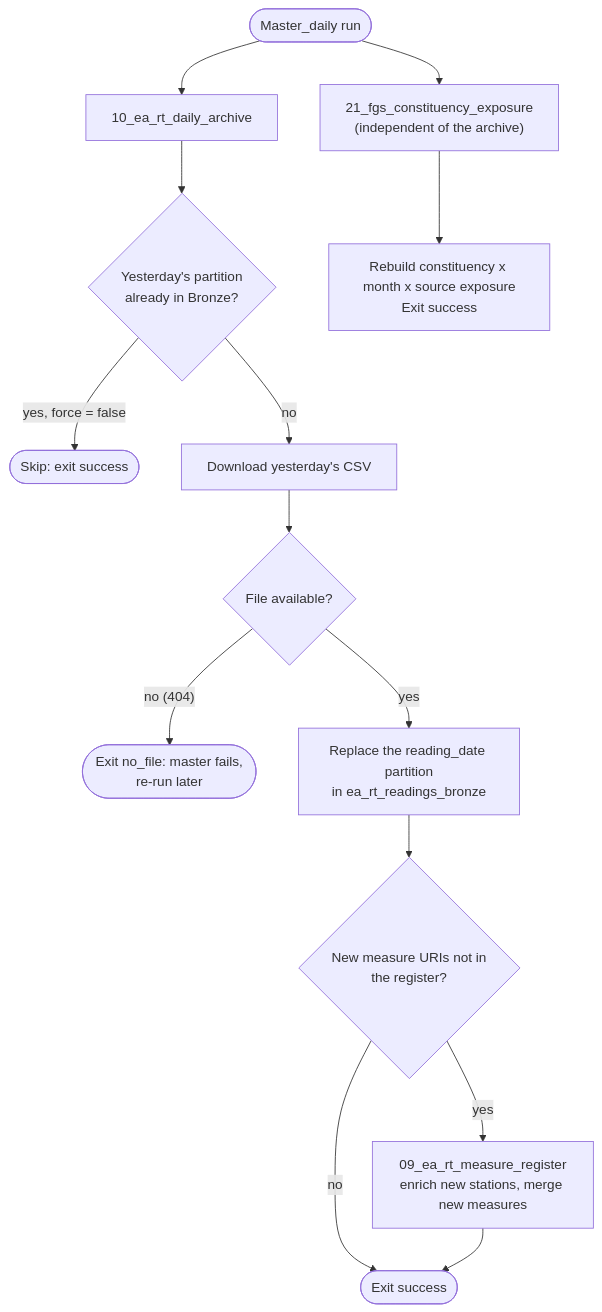
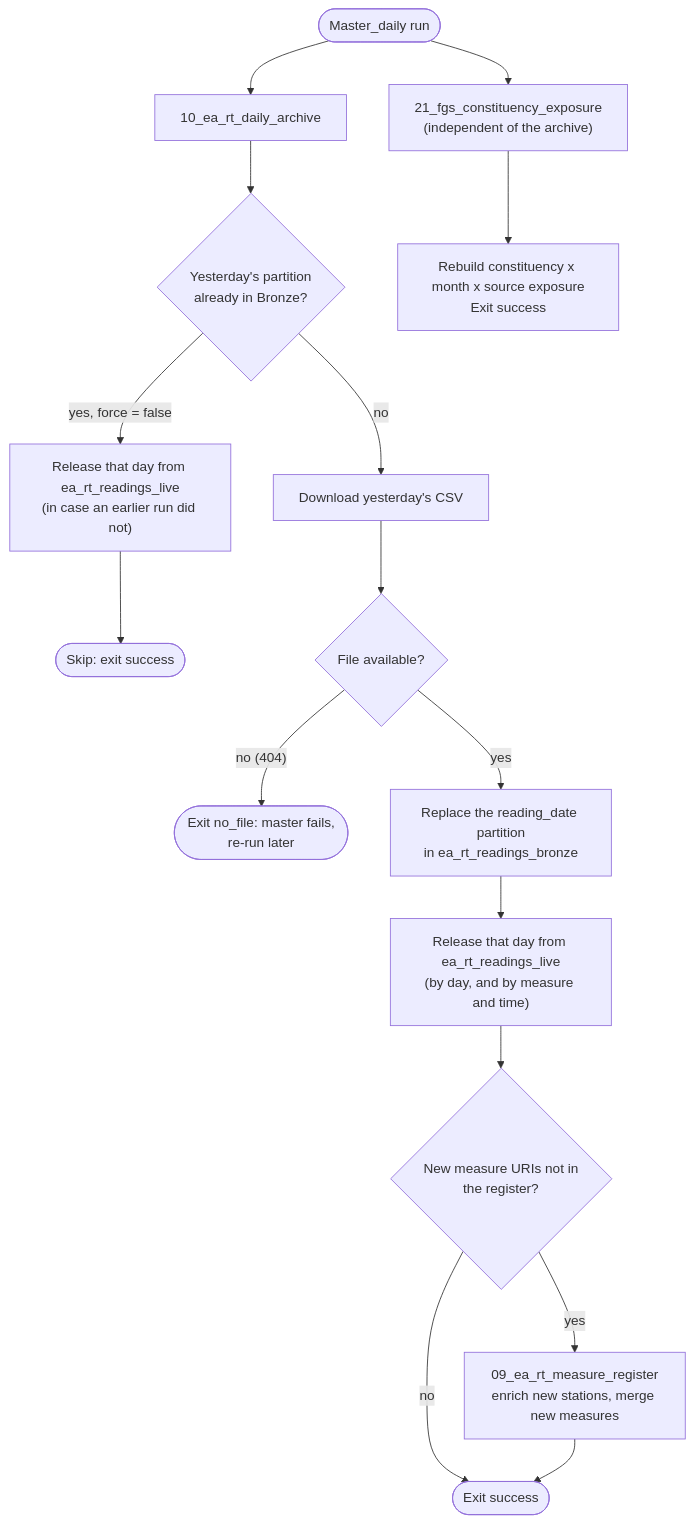
Before and after one commit to JonPayneEA/FGS_Notebooks: the fourth of 7 diagrams in README.md, drawn with Mermaid. The commit also changed other lines of this file, not shown here.

First line of the commit message:
README: Mermaid diagram of live readings and the daily archive

````diff
--- a/README.md
+++ b/README.md
@@ -362,16 +364,18 @@
 ```mermaid
 flowchart TD
     A["10_ea_rt_daily_archive"] --> B{"Yesterday's partition<br/>already in Bronze?"}
-    B -- "yes, force = false" --> Z(["Skip: exit success"])
+    B -- "yes, force = false" --> R0["Release that day from ea_rt_readings_live<br/>(in case an earlier run did not)"]
+    R0 --> Z(["Skip: exit success"])
     B -- no --> C["Download yesterday's CSV"]
     C --> D{"File available?"}
     D -- "no (404)" --> X(["Exit no_file: master fails,<br/>re-run later"])
     D -- yes --> E["Replace the reading_date partition<br/>in ea_rt_readings_bronze"]
-    E --> F{"New measure URIs not in<br/>the register?"}
+    E --> R["Release that day from ea_rt_readings_live<br/>(by day, and by measure and time)"]
+    R --> F{"New measure URIs not in<br/>the register?"}
     F -- no --> Z2(["Exit success"])
     F -- yes --> G["09_ea_rt_measure_register<br/>enrich new stations, merge new measures"]
     G --> Z2
     M(["Master_daily run"]) --> A
     M --> X1["21_fgs_constituency_exposure<br/>(independent of the archive)"]
     X1 --> X2["Rebuild constituency x month x source exposure<br/>Exit success"]
 ```
````
